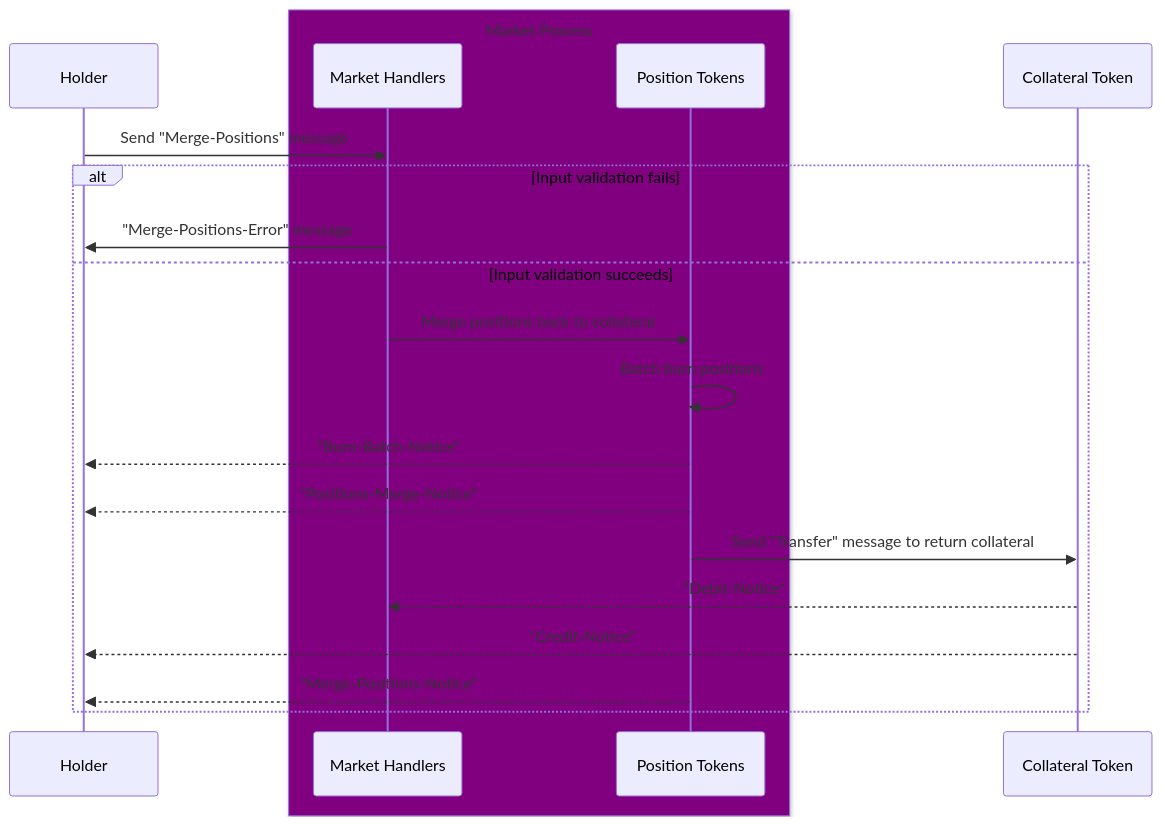
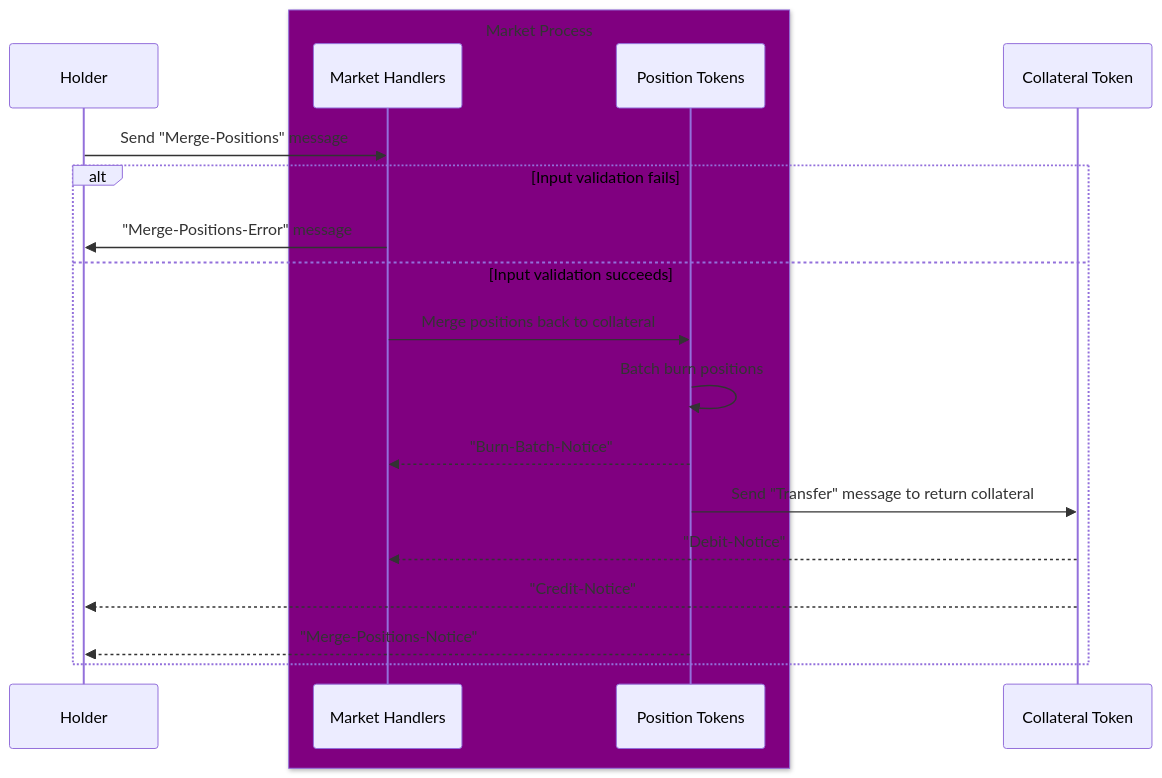
Before and after one commit to outcome-gg/outcome-protocol: the diagram in docs/05-position-tokens/mergePositions.md, drawn with Mermaid. The commit also changed 24 other files, not shown here.

Commit message:
Updated diagrams and refactoring

````diff
--- a/docs/05-position-tokens/mergePositions.md
+++ b/docs/05-position-tokens/mergePositions.md
@@ -1,24 +1,31 @@
 ```mermaid
 sequenceDiagram
 participant Holder
 box Purple Market Process
-participant Market Handlers
-participant Position Tokens
+  participant Market Handlers
+  participant Position Tokens
 end
 participant Collateral Token
 
+%% 🟢 Merge Request
+Holder ->> Market Handlers: Send "Merge-Positions" message
 
-Holder ->> Market Handlers: Send "Merge-Positions" message
 alt Input validation fails
+  %% ❌ Error Notice
   Market Handlers ->> Holder: "Merge-Positions-Error" message
 else Input validation succeeds
   Market Handlers ->> Position Tokens: Merge positions back to collateral
+
+  %% 🔥 Batch Burn Positions
   Position Tokens ->> Position Tokens: Batch burn positions
-  Position Tokens -->> Holder: "Burn-Batch-Notice"
-  Position Tokens -->> Holder: "Positions-Merge-Notice"
+  Position Tokens -->> Market Handlers: "Burn-Batch-Notice"
+
+  %% 💵 Transfer Collateral Back
   Position Tokens ->> Collateral Token: Send "Transfer" message to return collateral
   Collateral Token -->> Market Handlers: "Debit-Notice"
   Collateral Token -->> Holder: "Credit-Notice"
+
+  %% ✅ Completion Notice
   Position Tokens -->> Holder: "Merge-Positions-Notice"
 end
 ```
````
